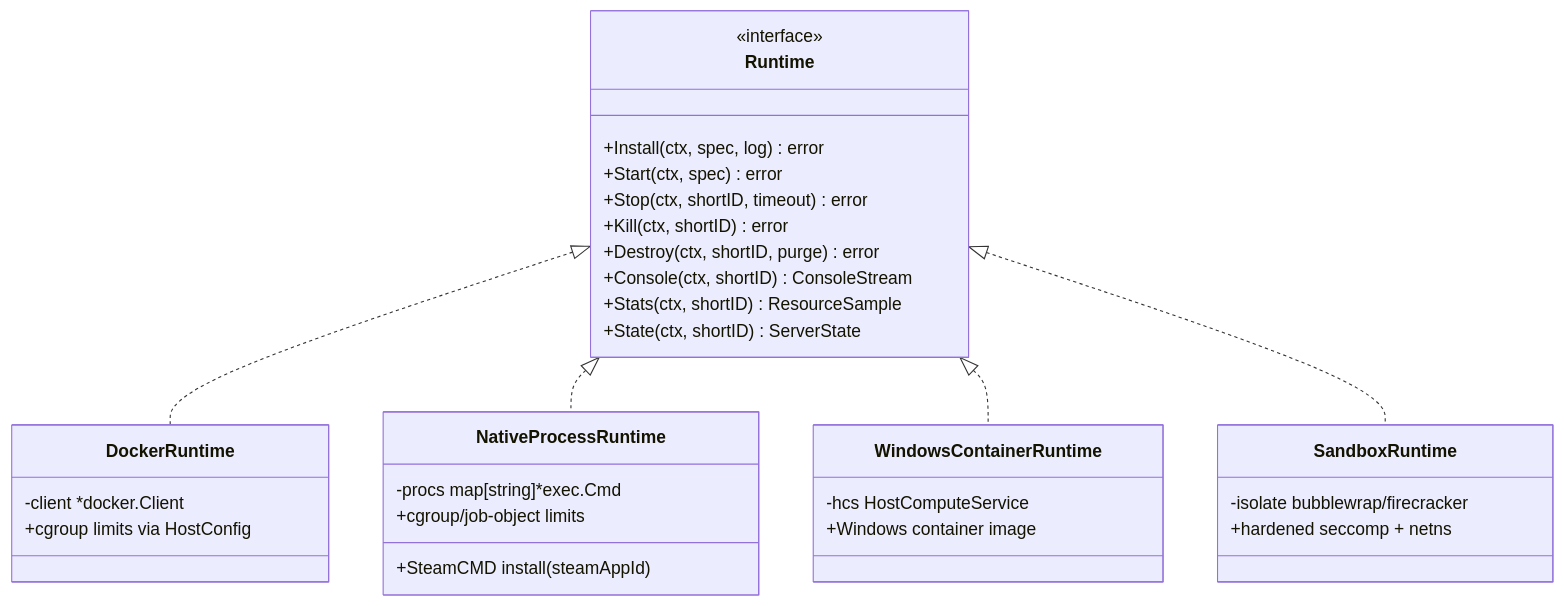
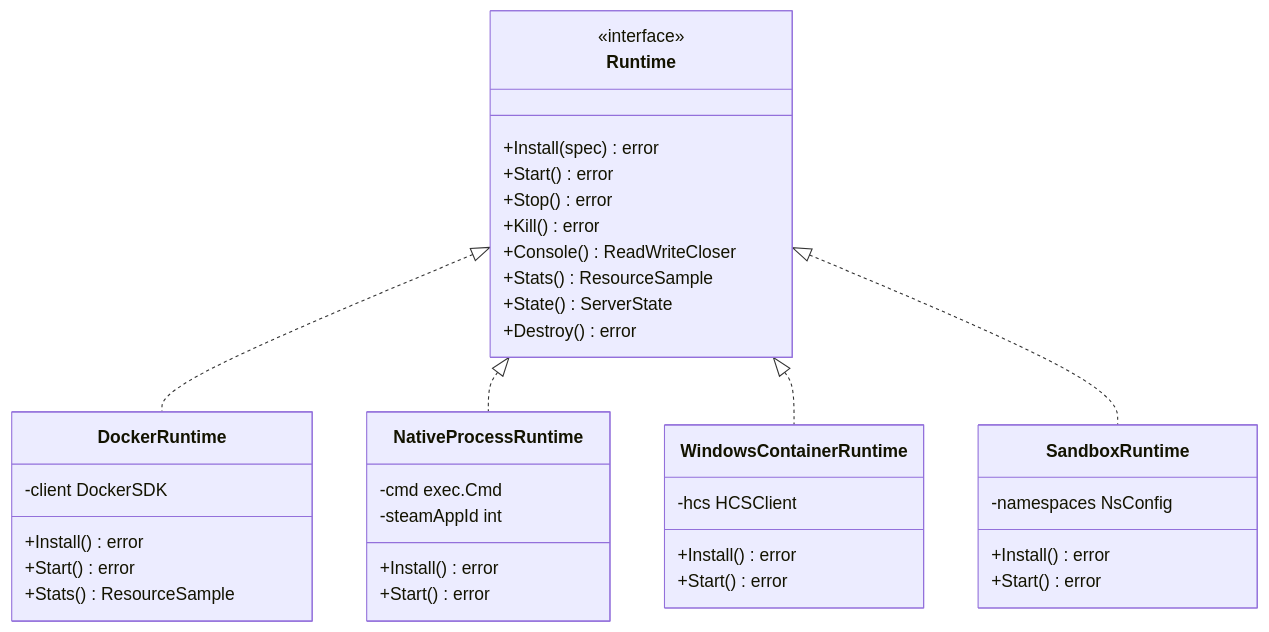
The third of 3 diagrams in docs/06-node-agent.md (ReFxFrank/ReFxHosting), drawn with Mermaid before and after one commit. The commit also changed other lines of this file and 62 other files, not shown here.

Commit message:
Add full architecture and operations documentation set (docs/)

````diff
--- a/docs/06-node-agent.md
+++ b/docs/06-node-agent.md
@@ -242,37 +199,40 @@
 ```mermaid
 classDiagram
   class Runtime {
     <<interface>>
-    +Install(ctx, spec, log) error
-    +Start(ctx, spec) error
-    +Stop(ctx, shortID, timeout) error
-    +Kill(ctx, shortID) error
-    +Destroy(ctx, shortID, purge) error
-    +Console(ctx, shortID) ConsoleStream
-    +Stats(ctx, shortID) ResourceSample
-    +State(ctx, shortID) ServerState
+    +Install(spec) error
+    +Start() error
+    +Stop() error
+    +Kill() error
+    +Console() ReadWriteCloser
+    +Stats() ResourceSample
+    +State() ServerState
+    +Destroy() error
   }
-
   class DockerRuntime {
-    -client *docker.Client
-    +cgroup limits via HostConfig
+    -client DockerSDK
+    +Install() error
+    +Start() error
+    +Stats() ResourceSample
   }
   class NativeProcessRuntime {
-    -procs map[string]*exec.Cmd
-    +SteamCMD install (steamAppId)
-    +cgroup/job-object limits
+    -cmd exec.Cmd
+    -steamAppId int
+    +Install() error
+    +Start() error
   }
   class WindowsContainerRuntime {
-    -hcs HostComputeService
-    +Windows container image
+    -hcs HCSClient
+    +Install() error
+    +Start() error
   }
   class SandboxRuntime {
-    -isolate bubblewrap/firecracker
-    +hardened seccomp + netns
+    -namespaces NsConfig
+    +Install() error
+    +Start() error
   }
-
   Runtime <|.. DockerRuntime
   Runtime <|.. NativeProcessRuntime
   Runtime <|.. WindowsContainerRuntime
   Runtime <|.. SandboxRuntime
 ```
````
